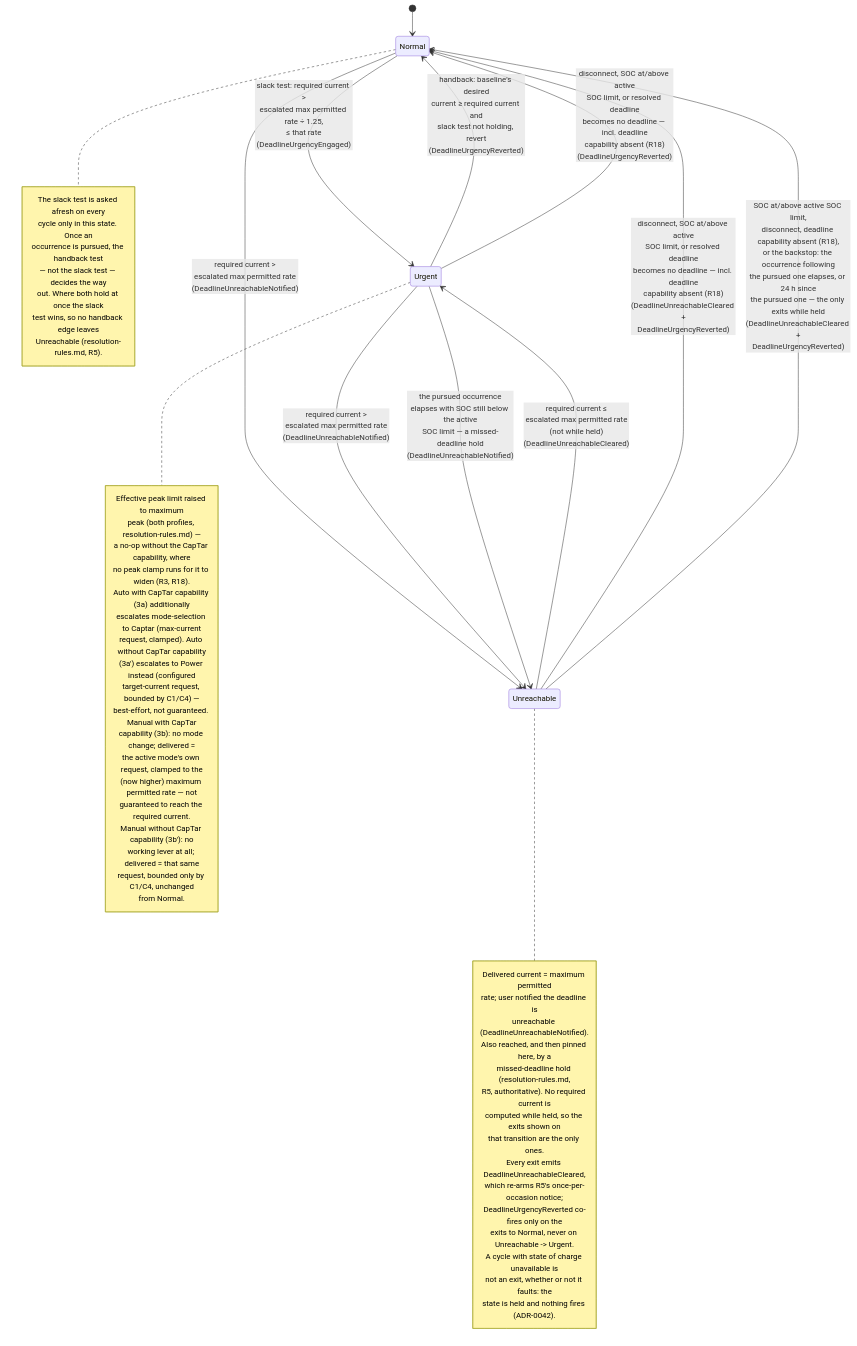
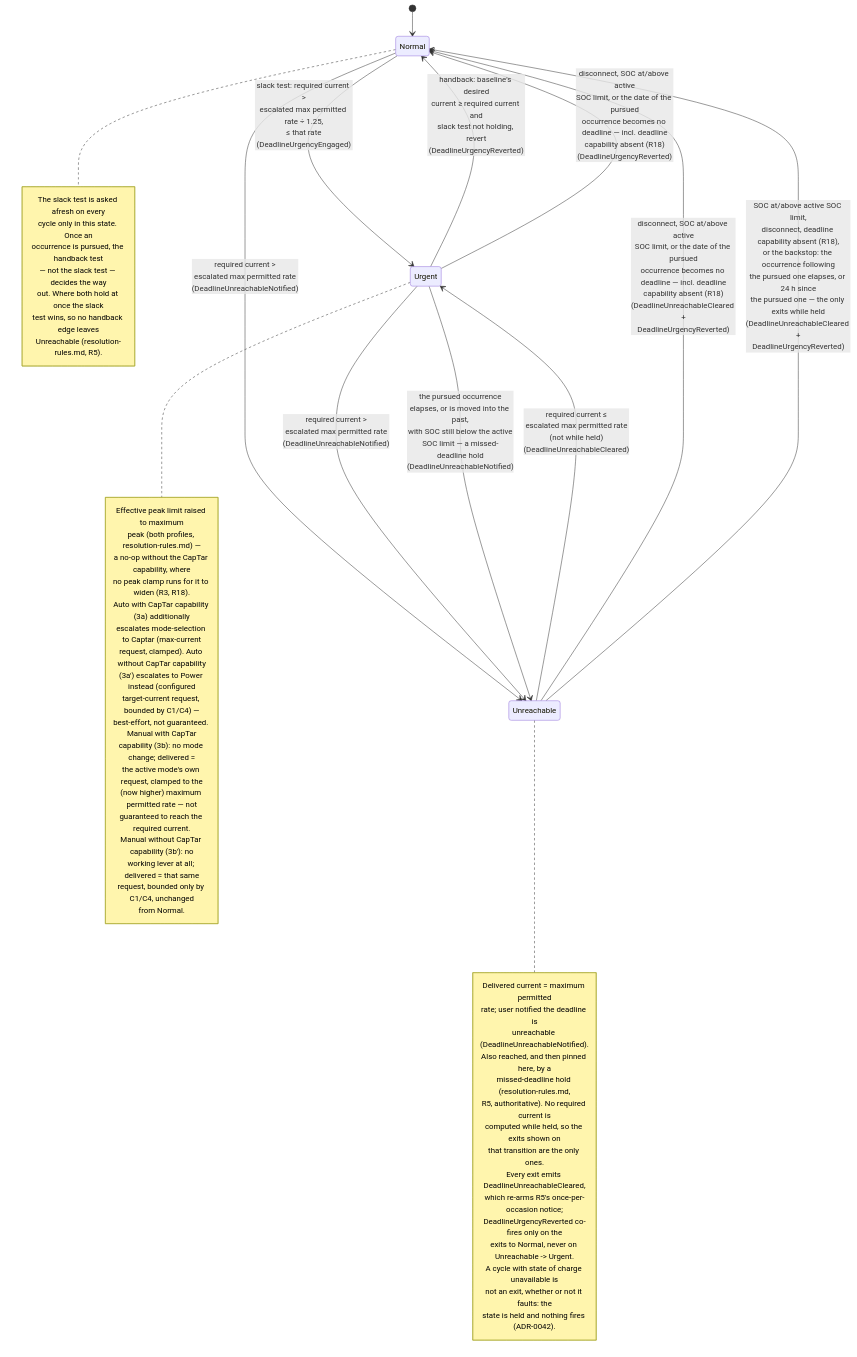
Before and after one commit to kristofdegrave/homeassistant-smart-charging: the diagram in docs/analysis/use-cases/UC05-guarantee-ready-by-departure.md, drawn with Mermaid. The commit also changed other lines of this file and 3 other files, not shown here.

````diff
--- a/docs/analysis/use-cases/UC05-guarantee-ready-by-departure.md
+++ b/docs/analysis/use-cases/UC05-guarantee-ready-by-departure.md
@@ -116,59 +116,59 @@
 ```mermaid
 stateDiagram-v2
     [*] --> Normal
     Normal --> Urgent: slack test: required current ><br/>escalated max permitted rate ÷ 1.25,<br/>≤ that rate<br/>(DeadlineUrgencyEngaged)
     Normal --> Unreachable: required current ><br/>escalated max permitted rate<br/>(DeadlineUnreachableNotified)
     Urgent --> Normal: handback: baseline's desired<br/>current ≥ required current and<br/>slack test not holding, revert<br/>(DeadlineUrgencyReverted)
     Urgent --> Unreachable: required current ><br/>escalated max permitted rate<br/>(DeadlineUnreachableNotified)
-    Urgent --> Unreachable: the pursued occurrence<br/>elapses with SOC still below the active<br/>SOC limit — a missed-deadline hold<br/>(DeadlineUnreachableNotified)
-    Urgent --> Normal: disconnect, SOC at/above active<br/>SOC limit, or resolved deadline<br/>becomes no deadline — incl. deadline<br/>capability absent (R18)<br/>(DeadlineUrgencyReverted)
+    Urgent --> Unreachable: the pursued occurrence<br/>elapses, or is moved into the past,<br/>with SOC still below the active<br/>SOC limit — a missed-deadline hold<br/>(DeadlineUnreachableNotified)
+    Urgent --> Normal: disconnect, SOC at/above active<br/>SOC limit, or the date of the pursued<br/>occurrence becomes no deadline — incl. deadline<br/>capability absent (R18)<br/>(DeadlineUrgencyReverted)
     Unreachable --> Urgent: required current ≤<br/>escalated max permitted rate<br/>(not while held)<br/>(DeadlineUnreachableCleared)
-    Unreachable --> Normal: disconnect, SOC at/above active<br/>SOC limit, or resolved deadline<br/>becomes no deadline — incl. deadline<br/>capability absent (R18)<br/>(DeadlineUnreachableCleared +<br/>DeadlineUrgencyReverted)
+    Unreachable --> Normal: disconnect, SOC at/above active<br/>SOC limit, or the date of the pursued<br/>occurrence becomes no deadline — incl. deadline<br/>capability absent (R18)<br/>(DeadlineUnreachableCleared +<br/>DeadlineUrgencyReverted)
     Unreachable --> Normal: SOC at/above active SOC limit,<br/>disconnect, deadline capability absent (R18),<br/>or the backstop: the occurrence following<br/>the pursued one elapses, or 24 h since<br/>the pursued one — the only exits while held<br/>(DeadlineUnreachableCleared +<br/>DeadlineUrgencyReverted)
     note right of Normal
         The slack test is asked afresh on every
         cycle only in this state. Once an
         occurrence is pursued, the handback test
         — not the slack test — decides the way
         out. Where both hold at once the slack
         test wins, so no handback edge leaves
         Unreachable (resolution-rules.md, R5).
     end note
     note right of Urgent
         Effective peak limit raised to maximum
         peak (both profiles, resolution-rules.md) —
         a no-op without the CapTar capability, where
         no peak clamp runs for it to widen (R3, R18).
         Auto with CapTar capability (3a) additionally
         escalates mode-selection to Captar (max-current
         request, clamped). Auto without CapTar capability
         (3a′) escalates to Power instead (configured
         target-current request, bounded by C1/C4) —
         best-effort, not guaranteed. Manual with CapTar
         capability (3b): no mode change; delivered =
         the active mode's own request, clamped to the
         (now higher) maximum permitted rate — not
         guaranteed to reach the required current.
         Manual without CapTar capability (3b′): no
         working lever at all; delivered = that same
         request, bounded only by C1/C4, unchanged
         from Normal.
     end note
     note right of Unreachable
         Delivered current = maximum permitted
         rate; user notified the deadline is
         unreachable (DeadlineUnreachableNotified).
         Also reached, and then pinned here, by a
         missed-deadline hold (resolution-rules.md,
         R5, authoritative). No required current is
         computed while held, so the exits shown on
         that transition are the only ones.
         Every exit emits DeadlineUnreachableCleared,
         which re-arms R5's once-per-occasion notice;
         DeadlineUrgencyReverted co-fires only on the
         exits to Normal, never on Unreachable -> Urgent.
         A cycle with state of charge unavailable is
         not an exit, whether or not it faults: the
         state is held and nothing fires (ADR-0042).
     end note
 ```
````
